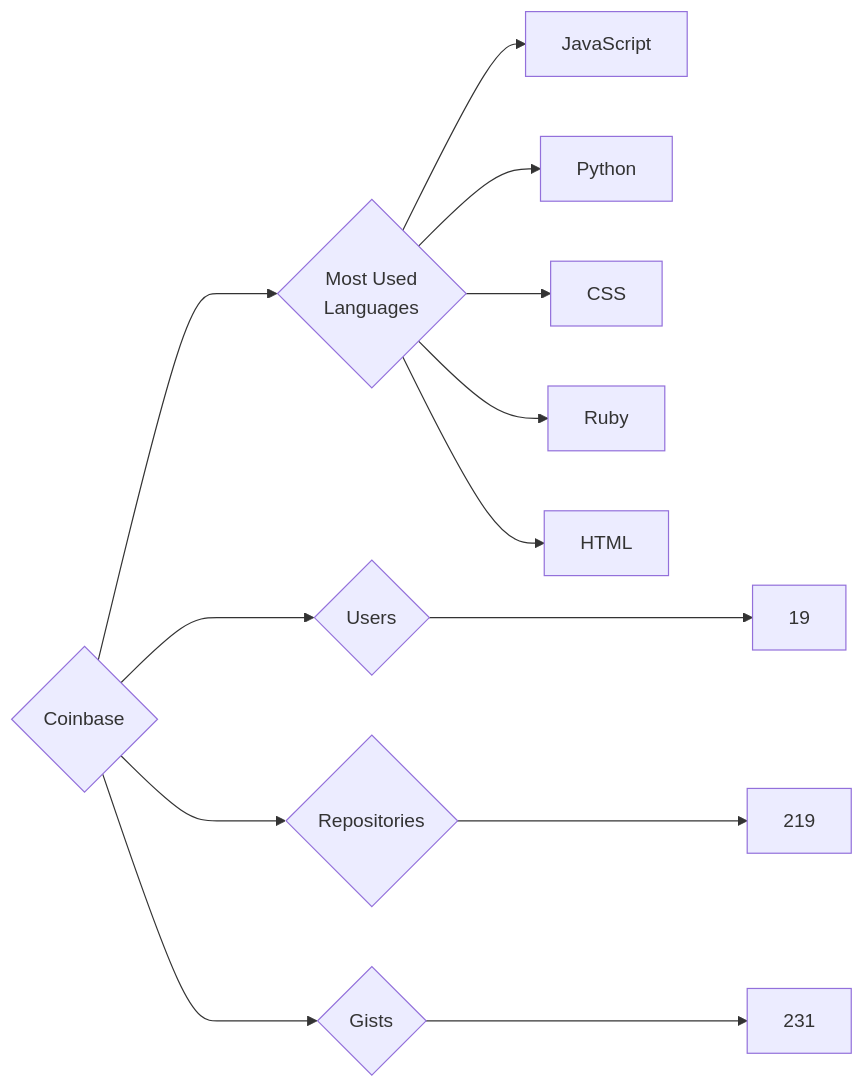
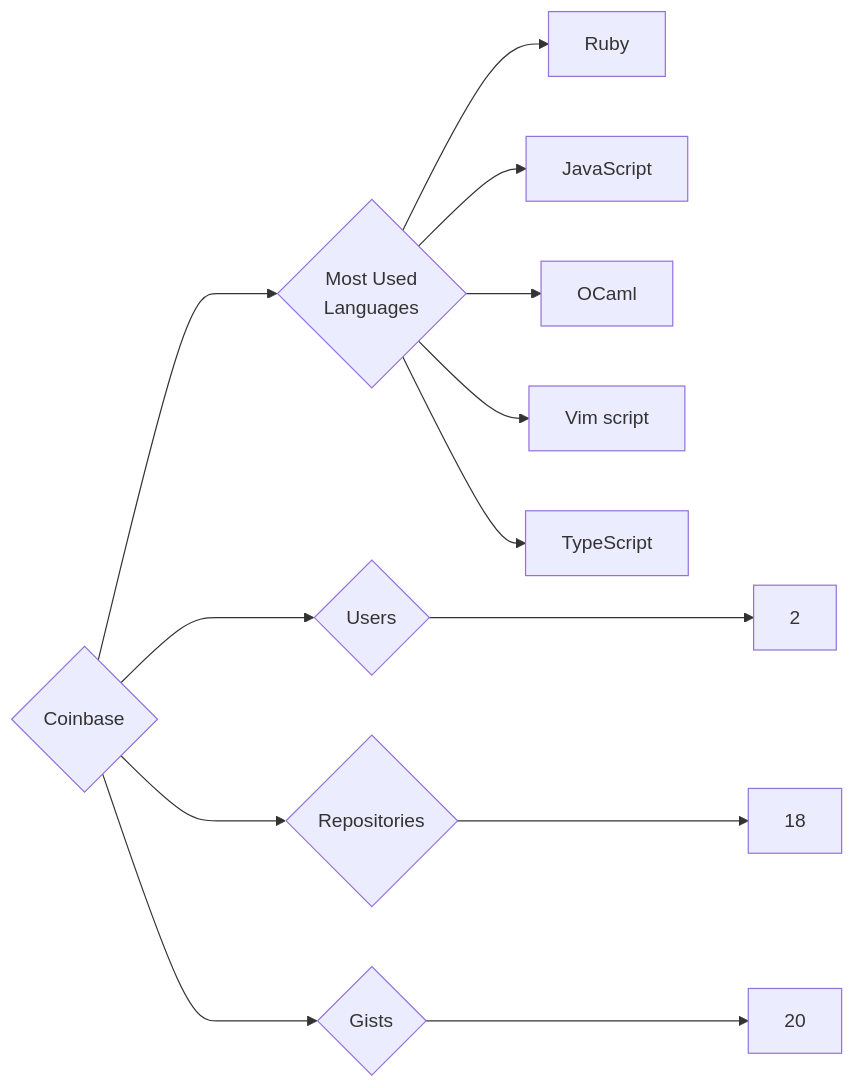
The diagram in targets/Coinbase/README.md (trickest/insiders), drawn with Mermaid before and after one commit. The commit also changed 874 other files, not shown here.

````diff
--- a/targets/Coinbase/README.md
+++ b/targets/Coinbase/README.md
@@ -3,13 +3,13 @@
 ```mermaid
 graph LR
 COMPANY_NAME{Coinbase}
-COMPANY_NAME ---> U{Users} ---> UN[19]
-COMPANY_NAME ---> R{Repositories} ---> RN[219]
-COMPANY_NAME ---> G{Gists} ---> GN[231]
+COMPANY_NAME ---> U{Users} ---> UN[2]
+COMPANY_NAME ---> R{Repositories} ---> RN[18]
+COMPANY_NAME ---> G{Gists} ---> GN[20]
 COMPANY_NAME ---> ML{Most Used<br>Languages}
+ML --> Ruby[Ruby]
 ML --> JavaScript[JavaScript]
-ML --> Python[Python]
-ML --> CSS[CSS]
-ML --> Ruby[Ruby]
-ML --> HTML[HTML]
+ML --> OCaml[OCaml]
+ML --> Vim_script[Vim script]
+ML --> TypeScript[TypeScript]
 ```
````
